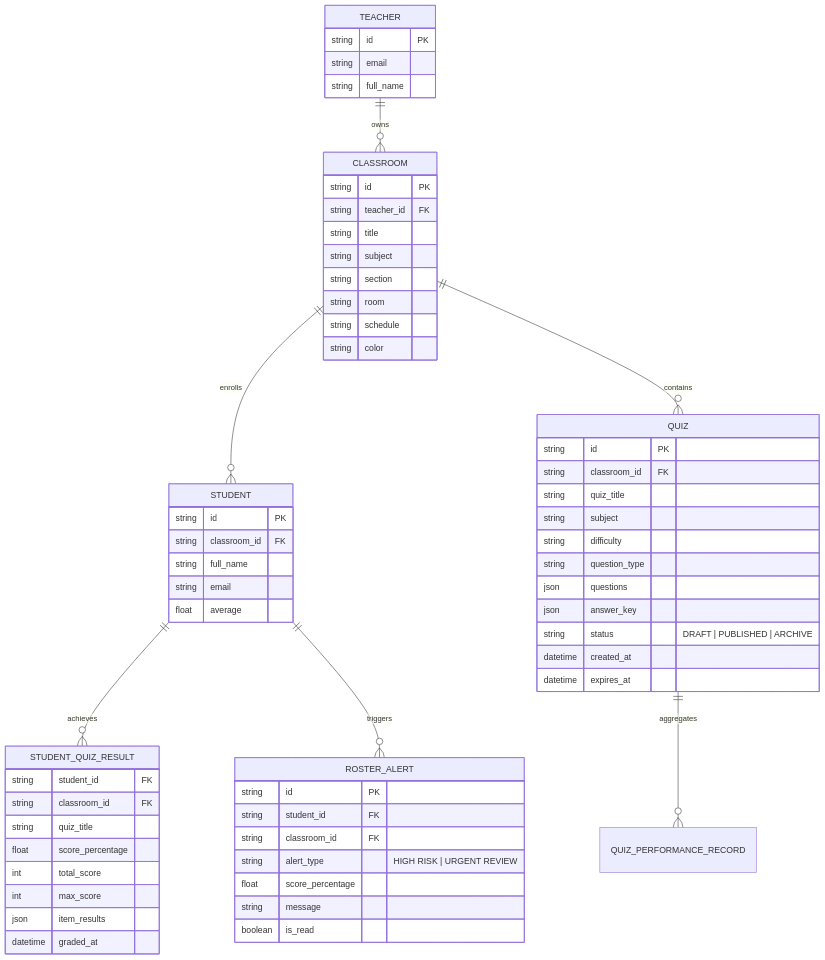
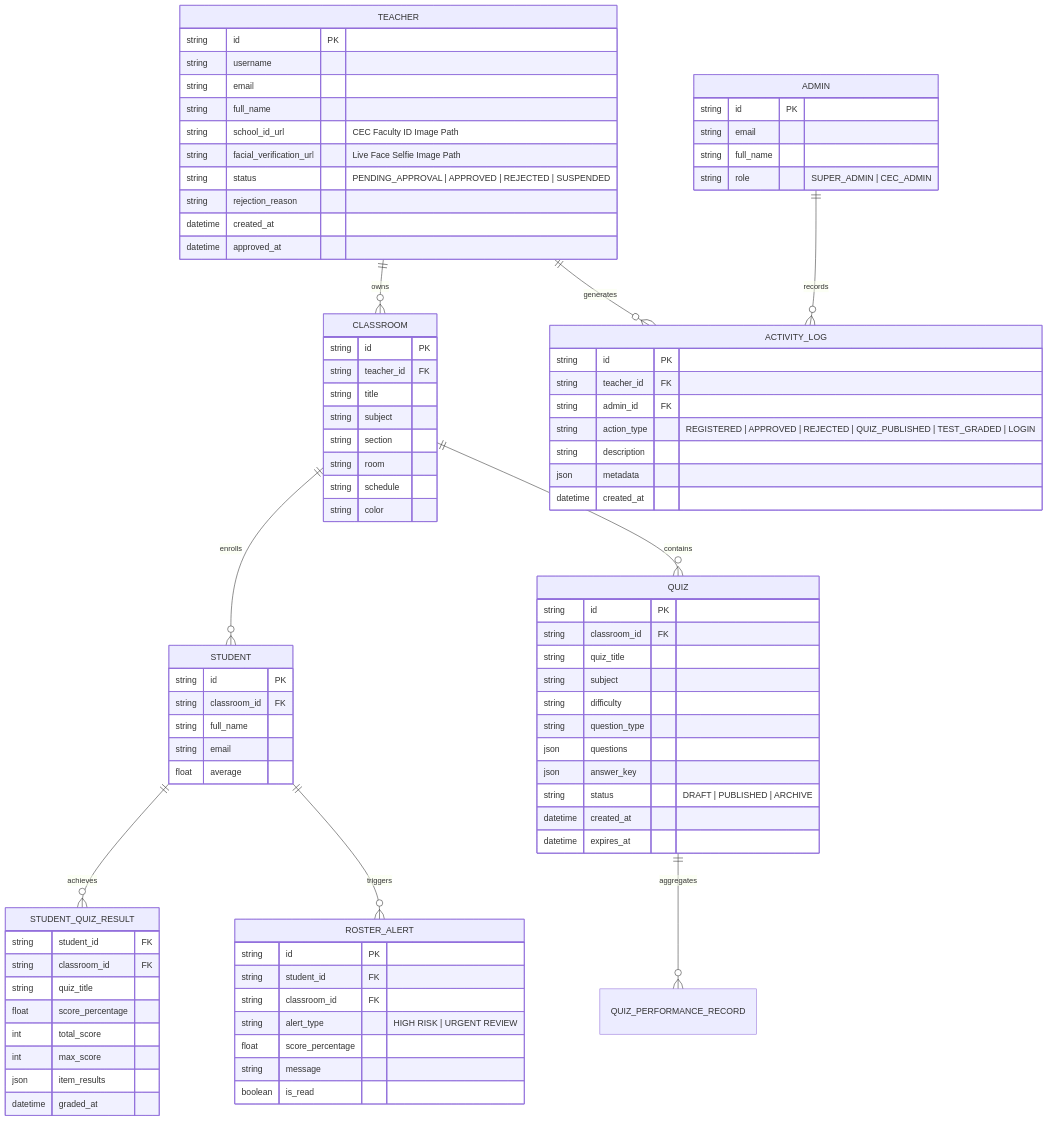
Before and after one commit to Jordibot-art/TSEKI: the ninth of 12 diagrams in PROGRAM_WORKFLOW.md, drawn with Mermaid. The commit also changed other lines of this file and 4 other files, not shown here.

```diff
--- a/PROGRAM_WORKFLOW.md
+++ b/PROGRAM_WORKFLOW.md
@@ -326,11 +498,37 @@
     QUIZ ||--o{ QUIZ_PERFORMANCE_RECORD : aggregates
     STUDENT ||--o{ STUDENT_QUIZ_RESULT : achieves
     STUDENT ||--o{ ROSTER_ALERT : triggers
+    TEACHER ||--o{ ACTIVITY_LOG : generates
+    ADMIN ||--o{ ACTIVITY_LOG : records
 
     TEACHER {
         string id PK
+        string username
         string email
         string full_name
+        string school_id_url "CEC Faculty ID Image Path"
+        string facial_verification_url "Live Face Selfie Image Path"
+        string status "PENDING_APPROVAL | APPROVED | REJECTED | SUSPENDED"
+        string rejection_reason
+        datetime created_at
+        datetime approved_at
+    }
+
+    ADMIN {
+        string id PK
+        string email
+        string full_name
+        string role "SUPER_ADMIN | CEC_ADMIN"
+    }
+
+    ACTIVITY_LOG {
+        string id PK
+        string teacher_id FK
+        string admin_id FK
+        string action_type "REGISTERED | APPROVED | REJECTED | QUIZ_PUBLISHED | TEST_GRADED | LOGIN"
+        string description
+        json metadata
+        datetime created_at
     }
 
     CLASSROOM {
```
